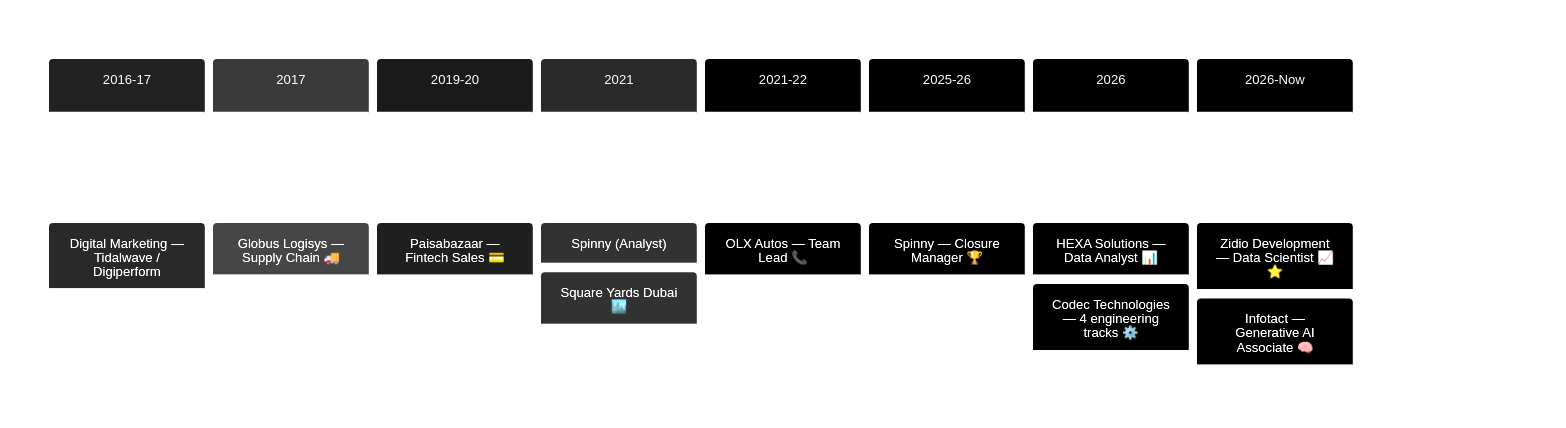
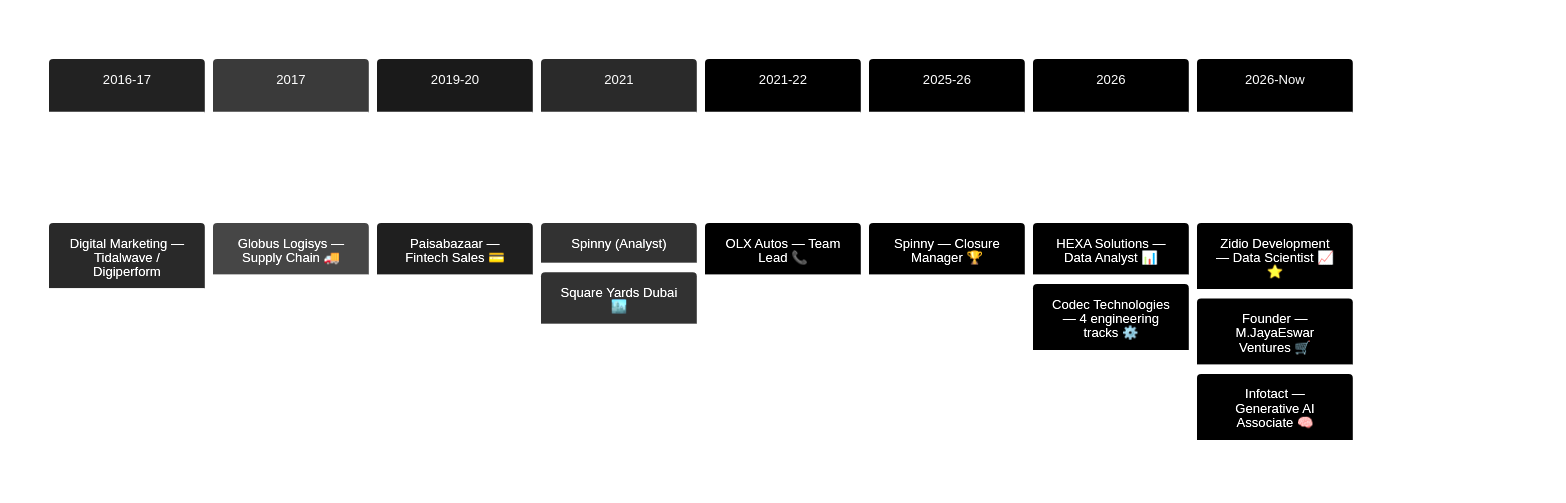
The diagram in EXPERIENCE.md (Eswar5313/Eswar5313), drawn with Mermaid before and after one commit. The commit also changed other lines of this file and 3 other files, not shown here.

Commit message:
Founder headline + Ventures panel (M.JayaEswar Ventures), WorkRadar case 13, GraySentinel war rooms

````diff
--- a/EXPERIENCE.md
+++ b/EXPERIENCE.md
@@ -135,13 +146,13 @@
 ```mermaid
 %%{init: {'theme':'base','themeVariables':{'primaryColor':'#222222','primaryTextColor':'#FFFFFF','primaryBorderColor':'#FFFFFF','lineColor':'#FFFFFF','secondaryColor':'#000000','tertiaryColor':'#1A1A1A','cScale0':'#222222','cScale1':'#3A3A3A','cScale2':'#1A1A1A','cScale3':'#2A2A2A','pie1':'#FFFFFF','pie2':'#C9CDD6','pie3':'#9A9A9A','pie4':'#6A6A6A','pie5':'#3A3A3A','pie6':'#1A1A1A','fontFamily':'Georgia, serif'}}}%%
 timeline
     title Career Path — 2016 to Present
     2016-17 : Digital Marketing — Tidalwave / Digiperform
     2017 : Globus Logisys — Supply Chain 🚚
     2019-20 : Paisabazaar — Fintech Sales 💳
     2021 : Spinny (Analyst) : Square Yards Dubai 🏙️
     2021-22 : OLX Autos — Team Lead 📞
     2025-26 : Spinny — Closure Manager 🏆
     2026 : HEXA Solutions — Data Analyst 📊 : Codec Technologies — 4 engineering tracks ⚙️
-    2026-Now : Zidio Development — Data Scientist 📈 ⭐ : Infotact — Generative AI Associate 🧠
+    2026-Now : Zidio Development — Data Scientist 📈 ⭐ : Founder — M.JayaEswar Ventures 🛒 : Infotact — Generative AI Associate 🧠
 ```
````
